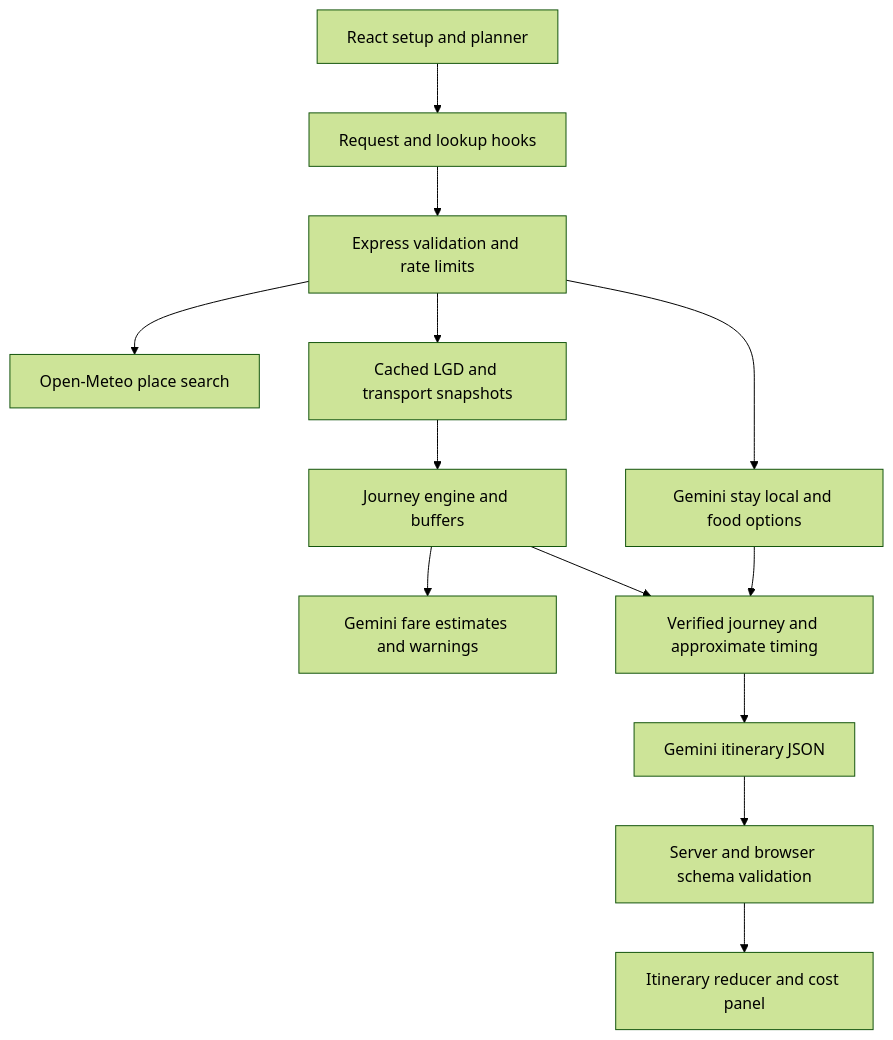
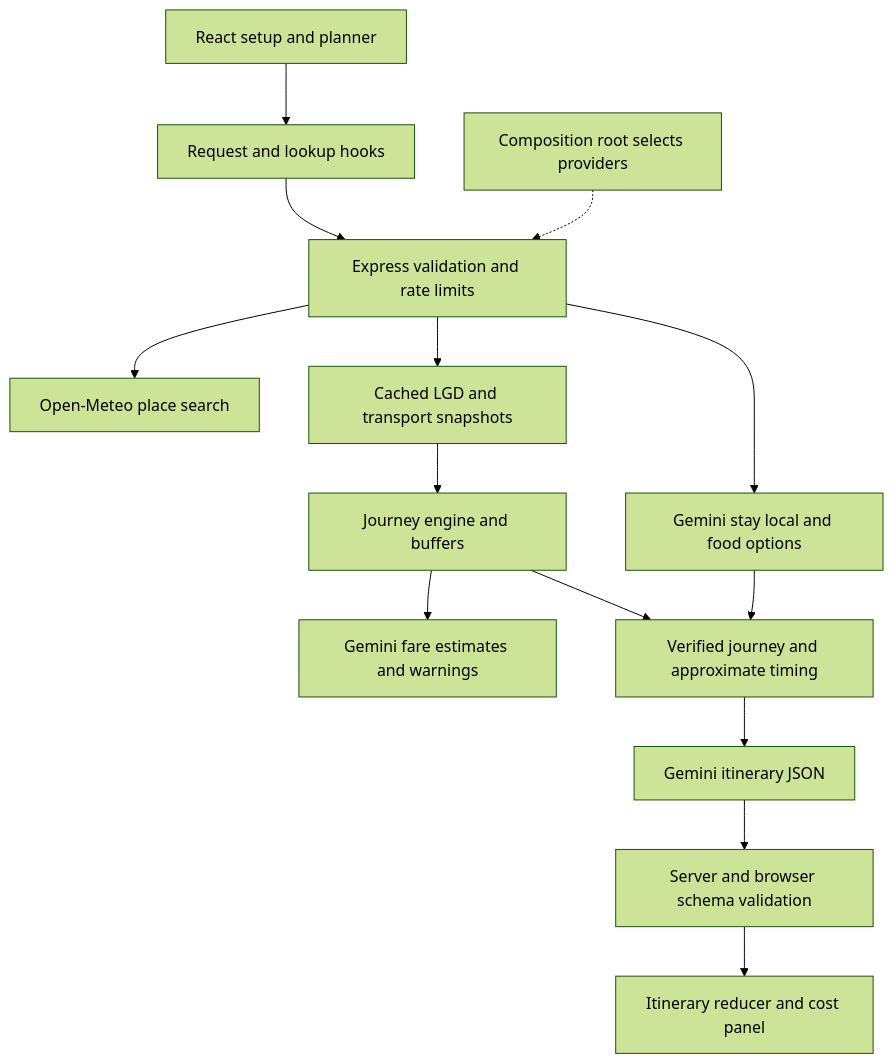
Before and after one commit to stdio-27/Trip-Planner: the diagram in README.md, drawn with Mermaid (forest theme). The commit also changed other lines of this file and 5 other files, not shown here.

````diff
--- a/README.md
+++ b/README.md
@@ -46,15 +46,16 @@
 ```mermaid
 flowchart TD
   UI[React setup and planner] --> H[Request and lookup hooks]
   H --> API[Express validation and rate limits]
+  ROOT[Composition root selects providers] -.-> API
   API --> GEO[Open-Meteo place search]
   API --> DATA[Cached LGD and transport snapshots]
   DATA --> ENGINE[Journey engine and buffers]
   ENGINE --> FARE[Gemini fare estimates and warnings]
   API --> OPTIONS[Gemini stay local and food options]
   ENGINE --> PLAN[Verified journey and approximate timing]
   OPTIONS --> PLAN
   PLAN --> GEMINI[Gemini itinerary JSON]
   GEMINI --> VALIDATE[Server and browser schema validation]
   VALIDATE --> EDIT[Itinerary reducer and cost panel]
 ```
````
